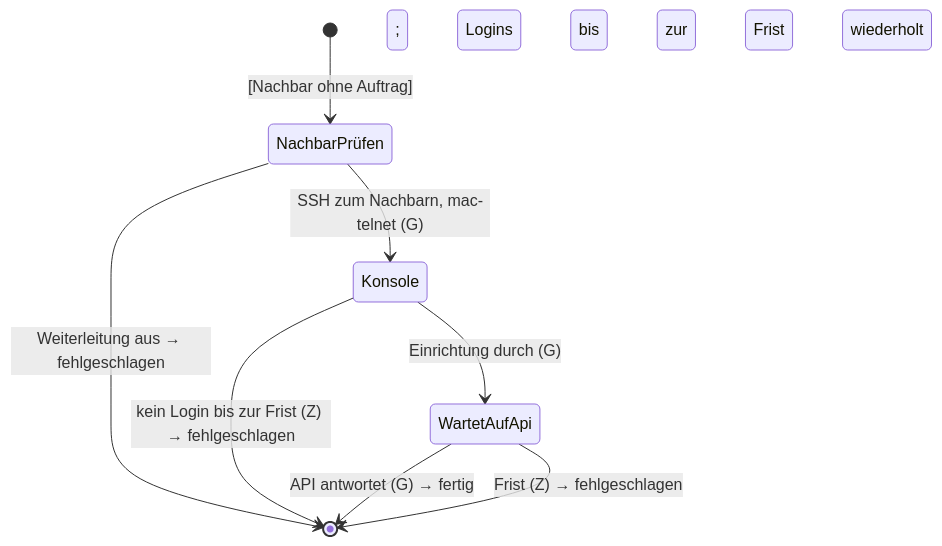
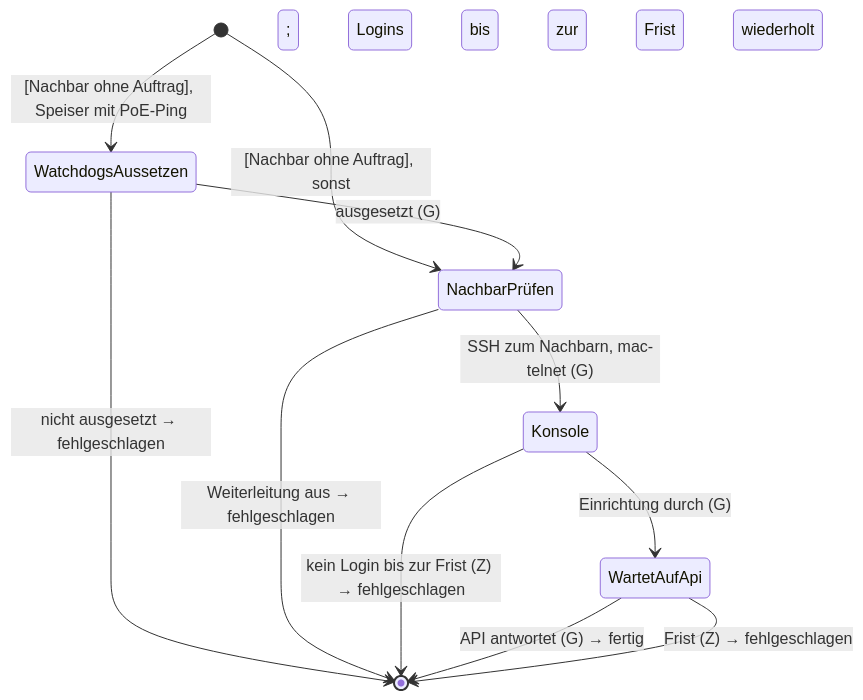
The eighth of 8 diagrams in docs/jobs.md (koa/netbox-provisioner), drawn with Mermaid before and after one commit. The commit also changed other lines of this file and 7 other files, not shown here.

````diff
--- a/docs/jobs.md
+++ b/docs/jobs.md
@@ -393,10 +393,13 @@
 ```mermaid
 stateDiagram-v2
-    [*] --> NachbarPrüfen: [Nachbar ohne Auftrag]
+    [*] --> WatchdogsAussetzen: [Nachbar ohne Auftrag], Speiser mit PoE-Ping
+    [*] --> NachbarPrüfen: [Nachbar ohne Auftrag], sonst
+    WatchdogsAussetzen --> NachbarPrüfen: ausgesetzt (G)
+    WatchdogsAussetzen --> [*]: nicht ausgesetzt → fehlgeschlagen
     NachbarPrüfen --> [*]: Weiterleitung aus → fehlgeschlagen
     NachbarPrüfen --> Konsole: SSH zum Nachbarn, mac-telnet (G)
     Konsole --> WartetAufApi: Einrichtung durch (G); Logins bis zur Frist wiederholt
     Konsole --> [*]: kein Login bis zur Frist (Z) → fehlgeschlagen
     WartetAufApi --> [*]: API antwortet (G) → fertig
     WartetAufApi --> [*]: Frist (Z) → fehlgeschlagen
 ```
````
